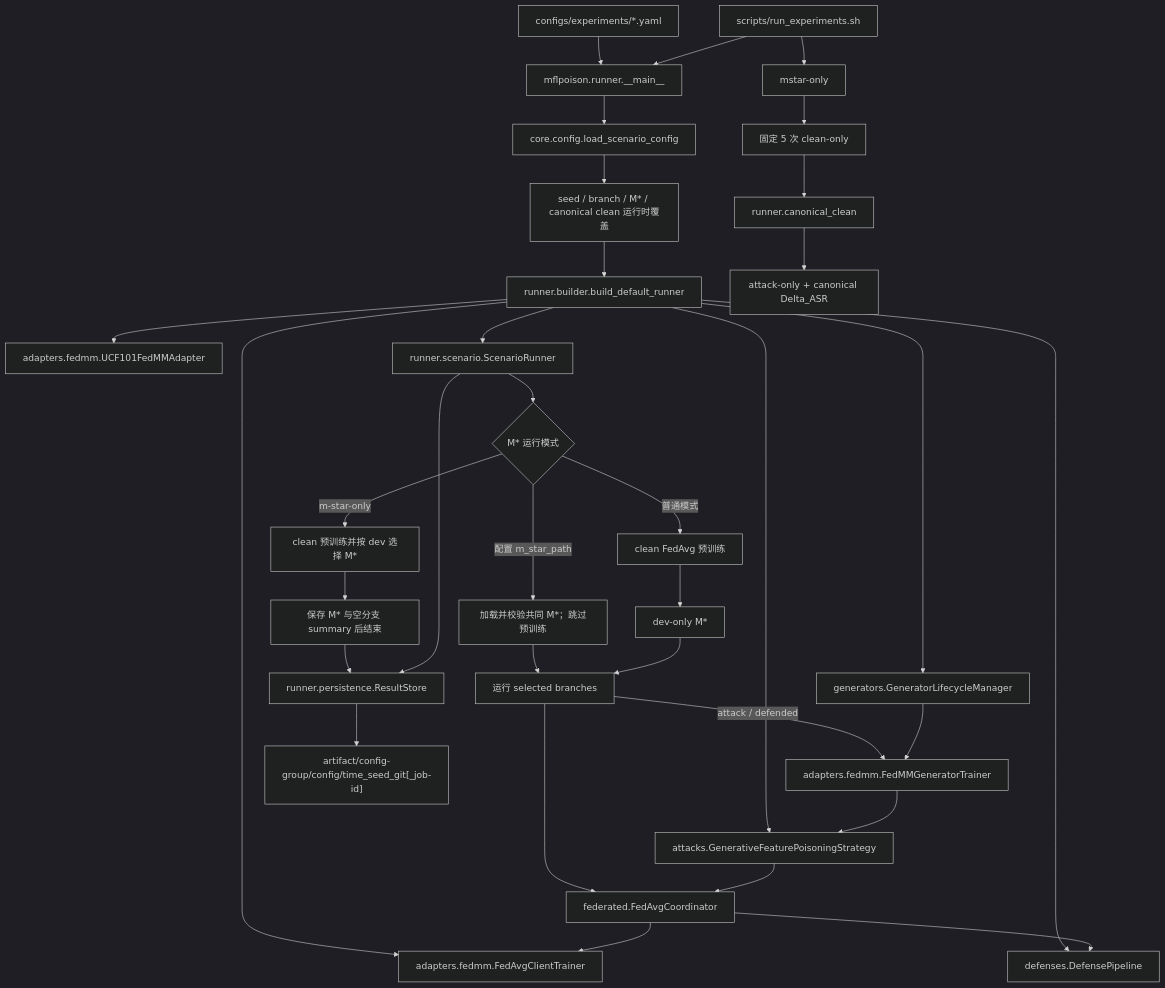
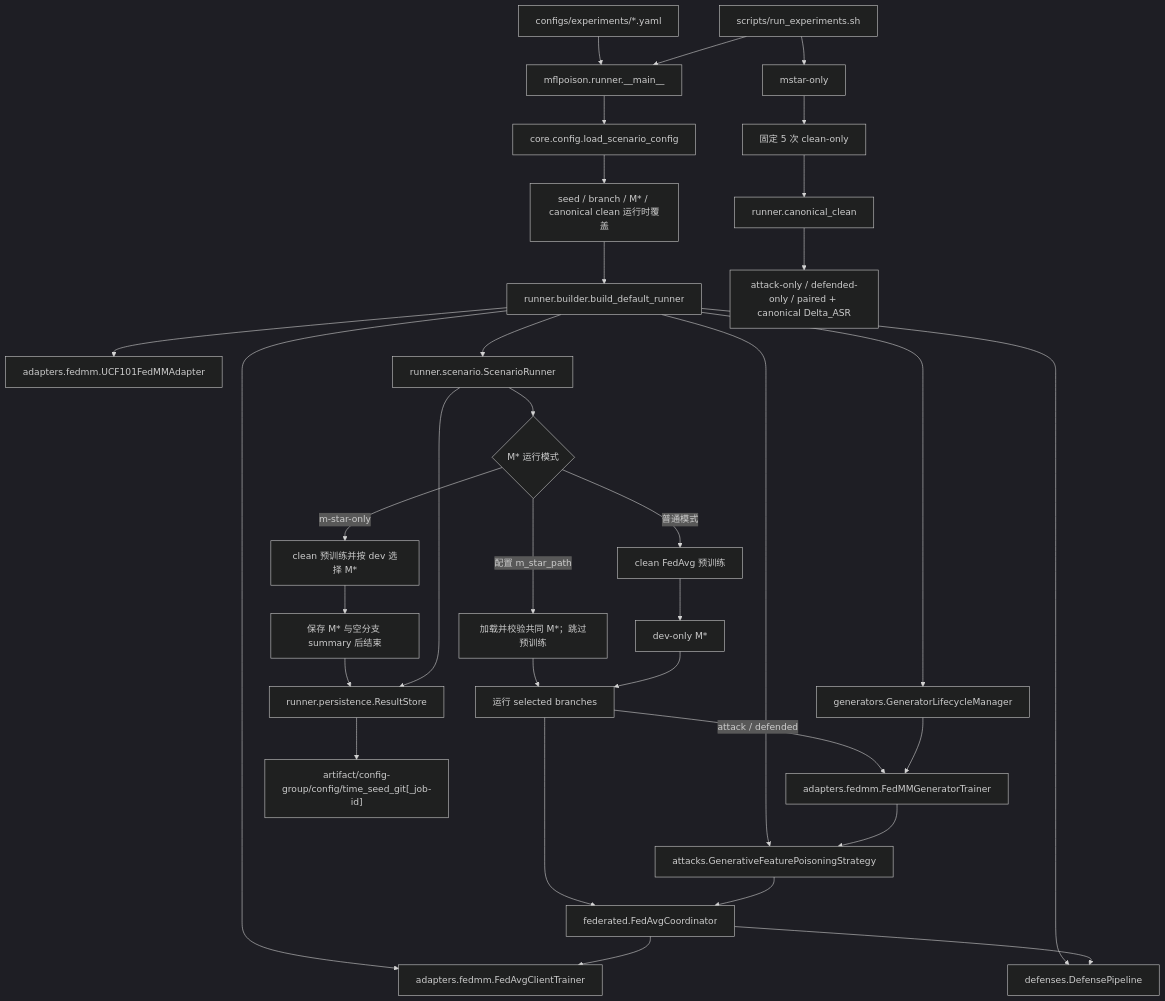
The first of 2 diagrams in docs/CURRENT_PIPELINE_STRUCTURE.md (softmountain/mflpoison), drawn with Mermaid (dark theme) before and after one commit. The commit also changed other lines of this file and 27 other files, not shown here.

````diff
--- a/docs/CURRENT_PIPELINE_STRUCTURE.md
+++ b/docs/CURRENT_PIPELINE_STRUCTURE.md
@@ -12,36 +12,36 @@
 ```mermaid
 flowchart TD
     Config["configs/experiments/*.yaml"] --> CLI["mflpoison.runner.__main__"]
     CLI --> Load["core.config.load_scenario_config"]
     Load --> Overrides["seed / branch / M* / canonical clean 运行时覆盖"]
     Overrides --> Builder["runner.builder.build_default_runner"]
     Builder --> Adapter["adapters.fedmm.UCF101FedMMAdapter"]
     Builder --> ClientTrainer["adapters.fedmm.FedAvgClientTrainer"]
     Builder --> Lifecycle["generators.GeneratorLifecycleManager"]
     Builder --> Attack["attacks.GenerativeFeaturePoisoningStrategy"]
     Builder --> Defense["defenses.DefensePipeline"]
     Builder --> Scenario["runner.scenario.ScenarioRunner"]
     Scenario --> MStarMode{"M* 运行模式"}
     MStarMode -->|"m-star-only"| MStarOnlyTrain["clean 预训练并按 dev 选择 M*"]
     MStarOnlyTrain --> MStarOnlyEnd["保存 M* 与空分支 summary 后结束"]
     MStarMode -->|"配置 m_star_path"| ReuseMStar["加载并校验共同 M*；跳过预训练"]
     MStarMode -->|"普通模式"| Pretrain["clean FedAvg 预训练"]
     Pretrain --> MStar["dev-only M*"]
     ReuseMStar --> SelectedBranches["运行 selected branches"]
     MStar --> SelectedBranches
     SelectedBranches --> Coordinator["federated.FedAvgCoordinator"]
     Coordinator --> ClientTrainer
     SelectedBranches -->|"attack / defended"| Generator["adapters.fedmm.FedMMGeneratorTrainer"]
     Lifecycle --> Generator
     Generator --> Attack
     Attack --> Coordinator
     Coordinator --> Defense
     MStarOnlyEnd --> Store["runner.persistence.ResultStore"]
     Scenario --> Store["runner.persistence.ResultStore"]
     Store --> Artifact["artifact/config-group/config/time_seed_git[_job-id]"]
     Scheduler["scripts/run_experiments.sh"] --> CLI
     Scheduler --> MStarOnly["mstar-only"]
     MStarOnly --> CleanFive["固定 5 次 clean-only"]
     CleanFive --> Canonical["runner.canonical_clean"]
-    Canonical --> AttackOnly["attack-only + canonical Delta_ASR"]
+    Canonical --> Experiments["attack-only / defended-only / paired + canonical Delta_ASR"]
 ```
````
